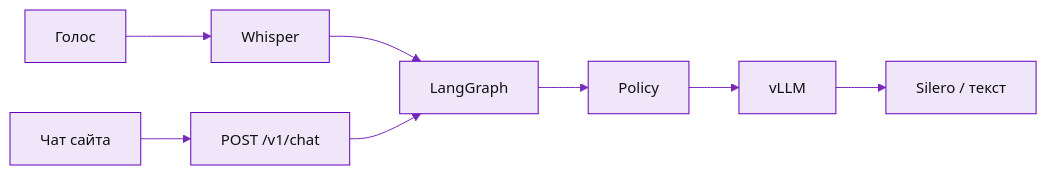
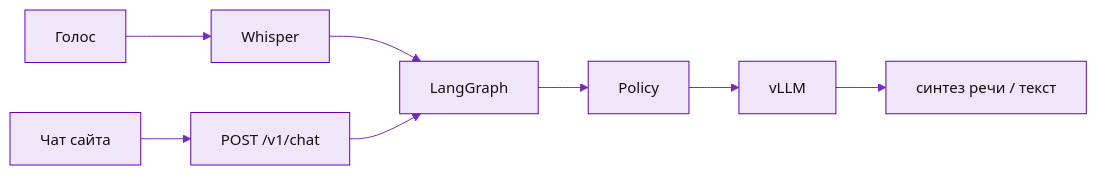
The diagram in final-project/slides/channels.mmd (divisee/otus-ai-architect), drawn with Mermaid before and after one commit. The commit also changed 8 other files, not shown here.

```diff
--- a/final-project/slides/channels.mmd
+++ b/final-project/slides/channels.mmd
@@ -1,10 +1,10 @@
 %%{init: {'theme':'base','themeVariables':{'primaryColor':'#efe6fa','primaryTextColor':'#111111','primaryBorderColor':'#6402ba','lineColor':'#7629ba','secondaryColor':'#fff4e5','tertiaryColor':'#f4f4ff','fontFamily':'Roboto, Arial, sans-serif','fontSize':'15px','actorBkg':'#efe6fa','actorBorder':'#6402ba','actorTextColor':'#111111','signalColor':'#6402ba','signalTextColor':'#111111','noteBkgColor':'#fff4e5','noteBorderColor':'#ffab40'}}}%%
 
 flowchart LR
     V[Голос] --> ASR[Whisper]
     C[Чат сайта] --> API[POST /v1/chat]
     ASR --> LG[LangGraph]
     API --> LG
     LG --> POL[Policy]
     POL --> LLM[vLLM]
-    LLM --> TTS[Silero / текст]
+    LLM --> TTS[синтез речи / текст]
```
